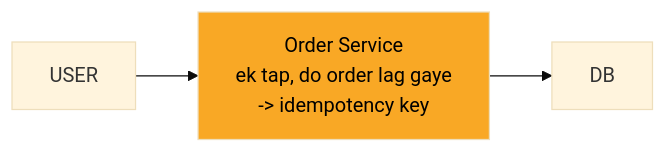
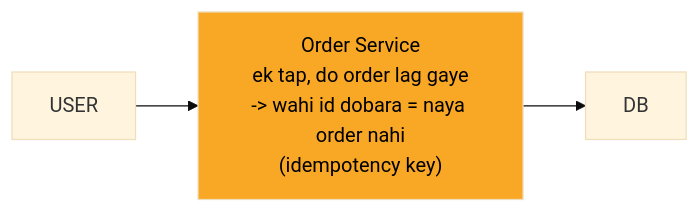
The second of 10 diagrams in 04_HLD/SYSTEM_DESIGNS/05_stock_broker_trading/05_stock_broker_trading.md (ArpanMaheshwari144/Prep), drawn with Mermaid (base theme) before and after one commit. The commit also changed other lines of this file and 13 other files, not shown here.

````diff
--- a/04_HLD/SYSTEM_DESIGNS/05_stock_broker_trading/05_stock_broker_trading.md
+++ b/04_HLD/SYSTEM_DESIGNS/05_stock_broker_trading/05_stock_broker_trading.md
@@ -107,9 +107,9 @@
 ```mermaid
 flowchart LR
     n_USER["USER"]
-    n_Order_Service["Order Service<br/>ek tap, do order lag gaye<br/>-> idempotency key"]
+    n_Order_Service["Order Service<br/>ek tap, do order lag gaye<br/>-> wahi id dobara = naya order nahi<br/>(idempotency key)"]
     n_DB["DB"]
     n_USER --> n_Order_Service
     n_Order_Service --> n_DB
     style n_Order_Service fill:#f9a825,color:#000
 ```
````
